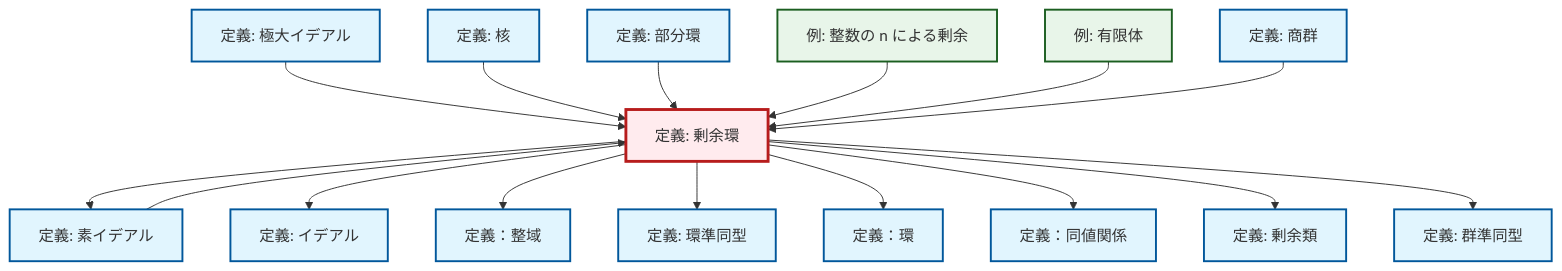
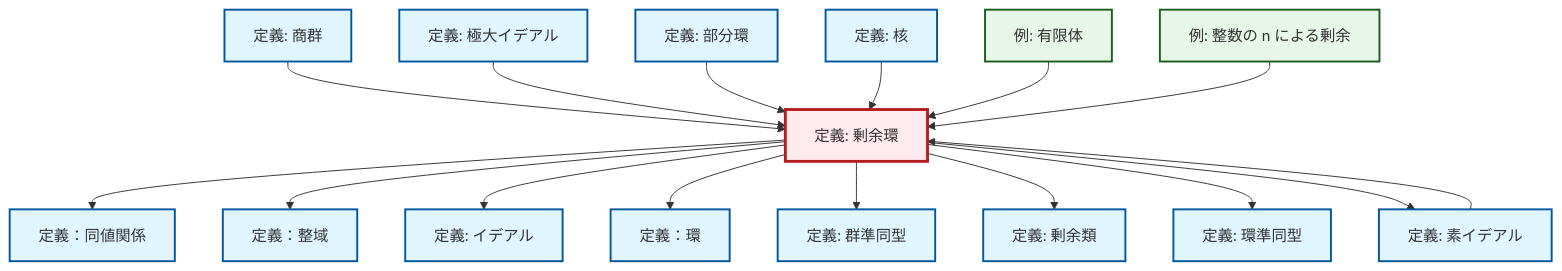
Before and after one commit to RK0429/ModernMath: the diagram in content/ja/algebra/def-quotient-ring.qmd, drawn with Mermaid. The commit also changed 672 other files, not shown here.

````diff
--- a/content/ja/algebra/def-quotient-ring.qmd
+++ b/content/ja/algebra/def-quotient-ring.qmd
@@ -83,54 +83,54 @@
 ```{mermaid}
-%%| fig-cap: "Local dependency graph"
+%%| fig-cap: "ローカル依存関係グラフ"
 graph TD
     classDef definition fill:#e1f5fe,stroke:#01579b,stroke-width:2px
     classDef theorem fill:#f3e5f5,stroke:#4a148c,stroke-width:2px
     classDef axiom fill:#fff3e0,stroke:#e65100,stroke-width:2px
     classDef example fill:#e8f5e9,stroke:#1b5e20,stroke-width:2px
     classDef current fill:#ffebee,stroke:#b71c1c,stroke-width:3px
-    def-kernel["定義: 核"]:::definition
+    def-quotient-group["定義: 商群"]:::definition
+    def-integral-domain["定義：整域"]:::definition
+    def-maximal-ideal["定義: 極大イデアル"]:::definition
+    def-subring["定義: 部分環"]:::definition
+    def-ring-homomorphism["定義: 環準同型"]:::definition
+    ex-quotient-integers-mod-n["例: 整数の n による剰余"]:::example
+    def-equivalence-relation["定義：同値関係"]:::definition
+    def-prime-ideal["定義: 素イデアル"]:::definition
+    def-homomorphism["定義: 群準同型"]:::definition
+    def-ideal["定義: イデアル"]:::definition
     def-ring["定義：環"]:::definition
-    def-ring-homomorphism["定義: 環準同型"]:::definition
-    def-homomorphism["定義: 群準同型"]:::definition
-    def-subring["定義: 部分環"]:::definition
-    def-maximal-ideal["定義: 極大イデアル"]:::definition
-    ex-finite-field["例: 有限体"]:::example
-    def-prime-ideal["定義: 素イデアル"]:::definition
-    def-quotient-group["定義: 商群"]:::definition
-    def-equivalence-relation["定義：同値関係"]:::definition
     def-coset["定義: 剰余類"]:::definition
     def-quotient-ring["定義: 剰余環"]:::definition
-    def-integral-domain["定義：整域"]:::definition
-    def-ideal["定義: イデアル"]:::definition
-    ex-quotient-integers-mod-n["例: 整数の n による剰余"]:::example
+    ex-finite-field["例: 有限体"]:::example
+    def-kernel["定義: 核"]:::definition
+    def-quotient-ring --> def-equivalence-relation
+    def-quotient-ring --> def-integral-domain
+    def-quotient-ring --> def-ideal
+    def-quotient-ring --> def-ring
+    def-quotient-group --> def-quotient-ring
+    def-quotient-ring --> def-homomorphism
+    def-maximal-ideal --> def-quotient-ring
+    def-prime-ideal --> def-quotient-ring
+    def-quotient-ring --> def-coset
+    def-subring --> def-quotient-ring
+    def-kernel --> def-quotient-ring
+    ex-finite-field --> def-quotient-ring
+    ex-quotient-integers-mod-n --> def-quotient-ring
+    def-quotient-ring --> def-ring-homomorphism
     def-quotient-ring --> def-prime-ideal
-    def-quotient-ring --> def-ideal
-    def-quotient-ring --> def-integral-domain
-    def-quotient-ring --> def-ring-homomorphism
-    def-quotient-ring --> def-ring
-    def-maximal-ideal --> def-quotient-ring
-    def-quotient-ring --> def-equivalence-relation
-    def-quotient-ring --> def-coset
-    def-kernel --> def-quotient-ring
-    def-prime-ideal --> def-quotient-ring
-    def-subring --> def-quotient-ring
-    ex-quotient-integers-mod-n --> def-quotient-ring
-    def-quotient-ring --> def-homomorphism
-    ex-finite-field --> def-quotient-ring
-    def-quotient-group --> def-quotient-ring
     class def-quotient-ring current
+    click def-quotient-group "def-quotient-group.html" "商群の定義へ"
+    click def-integral-domain "def-integral-domain.html" "定義：整域へ"
+    click def-maximal-ideal "def-maximal-ideal.html" "極大イデアルの定義へ"
+    click def-subring "def-subring.html" "部分環の定義へ"
+    click def-ring-homomorphism "def-ring-homomorphism.html" "環準同型の定義へ"
+    click ex-quotient-integers-mod-n "ex-quotient-integers-mod-n.html" "整数の n による剰余の例へ"
+    click def-equivalence-relation "def-equivalence-relation.html" "定義：同値関係へ"
+    click def-prime-ideal "def-prime-ideal.html" "素イデアルの定義へ"
+    click def-homomorphism "def-homomorphism.html" "群準同型の定義へ"
+    click def-ideal "def-ideal.html" "イデアルの定義へ"
+    click def-ring "def-ring.html" "定義：環へ"
+    click def-coset "def-coset.html" "剰余類の定義へ"
+    click ex-finite-field "ex-finite-field.html" "有限体の例へ"
     click def-kernel "def-kernel.html" "核の定義へ"
-    click def-ring "def-ring.html" "定義：環へ"
-    click def-ring-homomorphism "def-ring-homomorphism.html" "環準同型の定義へ"
-    click def-homomorphism "def-homomorphism.html" "群準同型の定義へ"
-    click def-subring "def-subring.html" "部分環の定義へ"
-    click def-maximal-ideal "def-maximal-ideal.html" "極大イデアルの定義へ"
-    click ex-finite-field "ex-finite-field.html" "有限体の例へ"
-    click def-prime-ideal "def-prime-ideal.html" "素イデアルの定義へ"
-    click def-quotient-group "def-quotient-group.html" "商群の定義へ"
-    click def-equivalence-relation "def-equivalence-relation.html" "定義：同値関係へ"
-    click def-coset "def-coset.html" "剰余類の定義へ"
-    click def-integral-domain "def-integral-domain.html" "定義：整域へ"
-    click def-ideal "def-ideal.html" "イデアルの定義へ"
-    click ex-quotient-integers-mod-n "ex-quotient-integers-mod-n.html" "整数の n による剰余の例へ"
 ```
````
